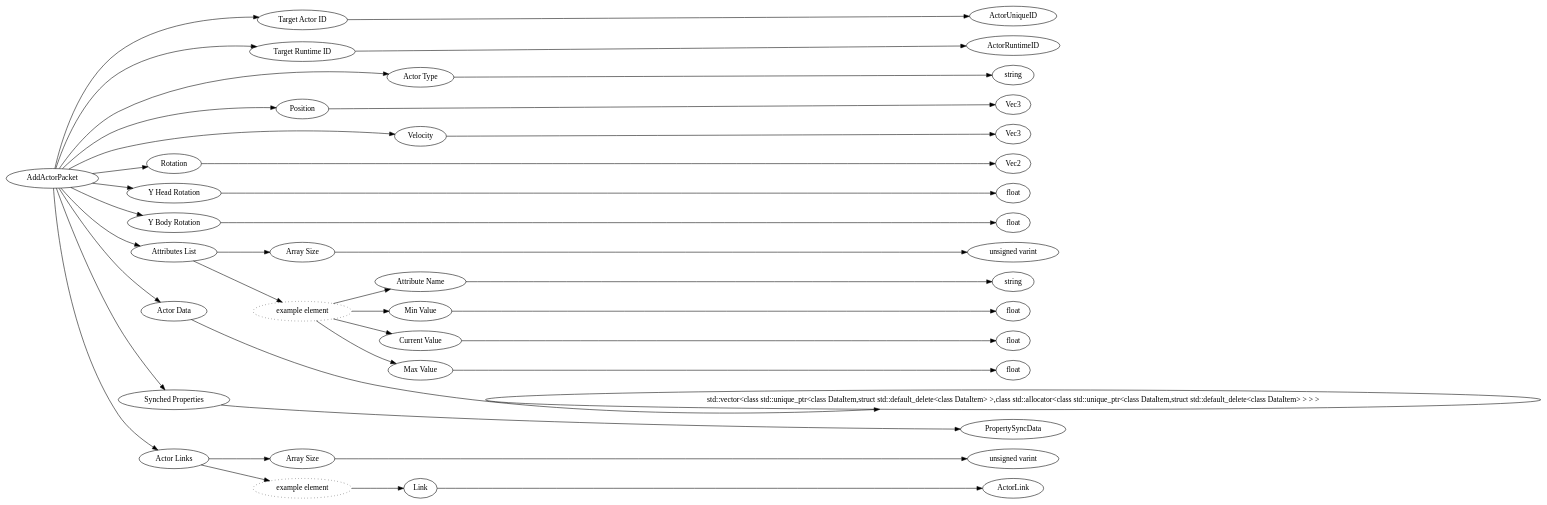
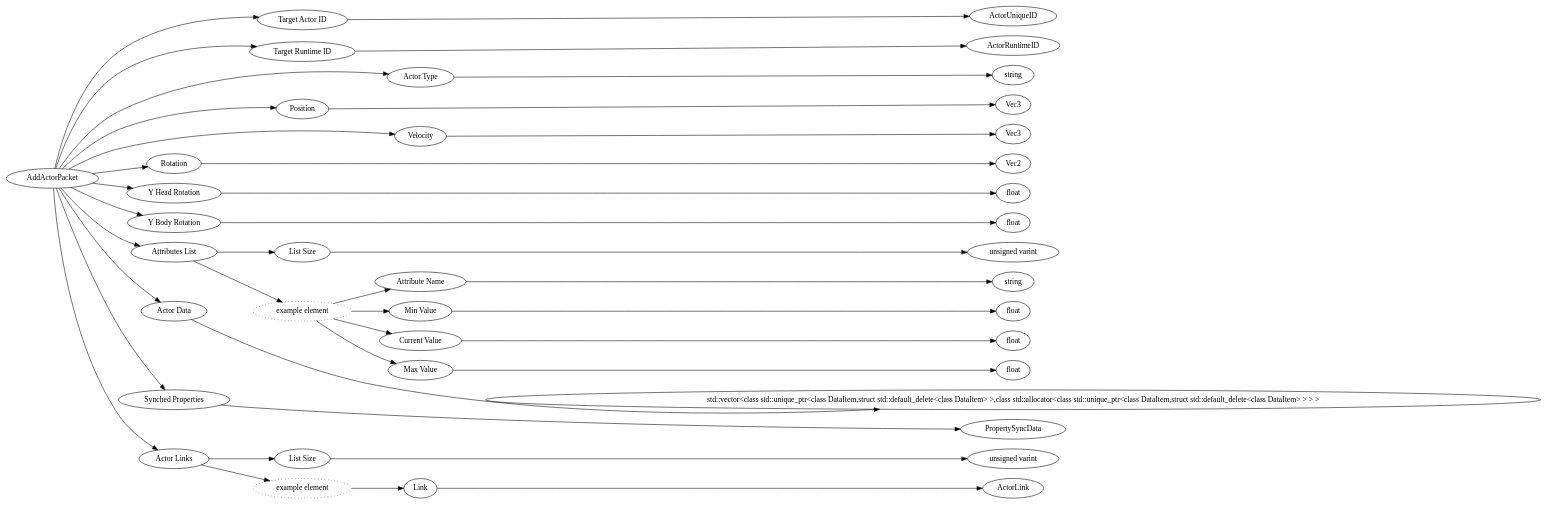
Before and after one commit to Mojang/bedrock-protocol-docs: the diagram in dot/AddActorPacket.dot, drawn with Graphviz. The commit also changed 460 other files, not shown here.

```diff
--- a/dot/AddActorPacket.dot
+++ b/dot/AddActorPacket.dot
@@ -1,84 +1,84 @@
 digraph "AddActorPacket" {
 rankdir = LR
 0
 0 -> 1
 1 -> 2
 0 -> 3
 3 -> 4
 0 -> 5
 5 -> 6
 0 -> 7
 7 -> 8
 0 -> 9
 9 -> 10
 0 -> 11
 11 -> 12
 0 -> 13
 13 -> 14
 0 -> 15
 15 -> 16
 0 -> 17
 17 -> 18
 18 -> 19
 17 -> 20
 20 -> 21
 21 -> 22
 20 -> 23
 23 -> 24
 20 -> 25
 25 -> 26
 20 -> 27
 27 -> 28
 0 -> 29
 29 -> 30
 0 -> 31
 31 -> 32
 0 -> 33
 33 -> 34
 34 -> 35
 33 -> 36
 36 -> 37
 37 -> 38
 
 0 [label="AddActorPacket",comment="name: \"AddActorPacket\", typeName: \"\", id: 0, branchId: 13, recurseId: -1, attributes: 0, notes: \"\""];
 1 [label="Target Actor ID",comment="name: \"Target Actor ID\", typeName: \"ActorUniqueID\", id: 1, branchId: 0, recurseId: -1, attributes: 256, notes: \"\""];
 2 [label="ActorUniqueID",comment="name: \"ActorUniqueID\", typeName: \"\", id: 2, branchId: 0, recurseId: -1, attributes: 512, notes: \"\""];
 3 [label="Target Runtime ID",comment="name: \"Target Runtime ID\", typeName: \"ActorRuntimeID\", id: 3, branchId: 0, recurseId: -1, attributes: 256, notes: \"\""];
 4 [label="ActorRuntimeID",comment="name: \"ActorRuntimeID\", typeName: \"\", id: 4, branchId: 0, recurseId: -1, attributes: 512, notes: \"\""];
 5 [label="Actor Type",comment="name: \"Actor Type\", typeName: \"\", id: 5, branchId: 0, recurseId: -1, attributes: 0, notes: \"\""];
 6 [label="string",comment="name: \"string\", typeName: \"\", id: 6, branchId: 0, recurseId: -1, attributes: 512, notes: \"\""];
 7 [label="Position",comment="name: \"Position\", typeName: \"Vec3\", id: 7, branchId: 0, recurseId: -1, attributes: 256, notes: \"\""];
 8 [label="Vec3",comment="name: \"Vec3\", typeName: \"\", id: 8, branchId: 0, recurseId: -1, attributes: 512, notes: \"\""];
 9 [label="Velocity",comment="name: \"Velocity\", typeName: \"Vec3\", id: 9, branchId: 0, recurseId: -1, attributes: 256, notes: \"\""];
 10 [label="Vec3",comment="name: \"Vec3\", typeName: \"\", id: 10, branchId: 0, recurseId: -1, attributes: 512, notes: \"\""];
 11 [label="Rotation",comment="name: \"Rotation\", typeName: \"Vec2\", id: 11, branchId: 0, recurseId: -1, attributes: 256, notes: \"\""];
 12 [label="Vec2",comment="name: \"Vec2\", typeName: \"\", id: 12, branchId: 0, recurseId: -1, attributes: 512, notes: \"\""];
 13 [label="Y Head Rotation",comment="name: \"Y Head Rotation\", typeName: \"\", id: 13, branchId: 0, recurseId: -1, attributes: 0, notes: \"\""];
 14 [label="float",comment="name: \"float\", typeName: \"\", id: 14, branchId: 0, recurseId: -1, attributes: 512, notes: \"\""];
 15 [label="Y Body Rotation",comment="name: \"Y Body Rotation\", typeName: \"\", id: 15, branchId: 0, recurseId: -1, attributes: 0, notes: \"\""];
 16 [label="float",comment="name: \"float\", typeName: \"\", id: 16, branchId: 0, recurseId: -1, attributes: 512, notes: \"\""];
 17 [label="Attributes List",comment="name: \"Attributes List\", typeName: \"\", id: 17, branchId: 0, recurseId: -1, attributes: 8, notes: \"\""];
-18 [label="Array Size",comment="name: \"Array Size\", typeName: \"\", id: 18, branchId: 0, recurseId: -1, attributes: 0, notes: \"\""];
+18 [label="List Size",comment="name: \"List Size\", typeName: \"\", id: 18, branchId: 0, recurseId: -1, attributes: 0, notes: \"\""];
 19 [label="unsigned varint",comment="name: \"unsigned varint\", typeName: \"\", id: 19, branchId: 0, recurseId: -1, attributes: 512, notes: \"\""];
 20 [label="example element",style=dotted,comment="name: \"example element\", typeName: \"\", id: 20, branchId: 0, recurseId: -1, attributes: 16, notes: \"\""];
 21 [label="Attribute Name",comment="name: \"Attribute Name\", typeName: \"\", id: 21, branchId: 0, recurseId: -1, attributes: 0, notes: \"\""];
 22 [label="string",comment="name: \"string\", typeName: \"\", id: 22, branchId: 0, recurseId: -1, attributes: 512, notes: \"\""];
 23 [label="Min Value",comment="name: \"Min Value\", typeName: \"\", id: 23, branchId: 0, recurseId: -1, attributes: 0, notes: \"\""];
 24 [label="float",comment="name: \"float\", typeName: \"\", id: 24, branchId: 0, recurseId: -1, attributes: 512, notes: \"\""];
 25 [label="Current Value",comment="name: \"Current Value\", typeName: \"\", id: 25, branchId: 0, recurseId: -1, attributes: 0, notes: \"\""];
 26 [label="float",comment="name: \"float\", typeName: \"\", id: 26, branchId: 0, recurseId: -1, attributes: 512, notes: \"\""];
 27 [label="Max Value",comment="name: \"Max Value\", typeName: \"\", id: 27, branchId: 0, recurseId: -1, attributes: 0, notes: \"\""];
 28 [label="float",comment="name: \"float\", typeName: \"\", id: 28, branchId: 0, recurseId: -1, attributes: 512, notes: \"\""];
 29 [label="Actor Data",comment="name: \"Actor Data\", typeName: \"std::vector<class std::unique_ptr<class DataItem,struct std::default_delete<class DataItem> >,class std::allocator<class std::unique_ptr<class DataItem,struct std::default_delete<class DataItem> > > >\", id: 29, branchId: 0, recurseId: -1, attributes: 256, notes: \"\""];
 30 [label="std::vector<class std::unique_ptr<class DataItem,struct std::default_delete<class DataItem> >,class std::allocator<class std::unique_ptr<class DataItem,struct std::default_delete<class DataItem> > > >",comment="name: \"std::vector<class std::unique_ptr<class DataItem,struct std::default_delete<class DataItem> >,class std::allocator<class std::unique_ptr<class DataItem,struct std::default_delete<class DataItem> > > >\", typeName: \"\", id: 30, branchId: 0, recurseId: -1, attributes: 512, notes: \"\""];
 31 [label="Synched Properties",comment="name: \"Synched Properties\", typeName: \"PropertySyncData\", id: 31, branchId: 0, recurseId: -1, attributes: 256, notes: \"\""];
 32 [label="PropertySyncData",comment="name: \"PropertySyncData\", typeName: \"\", id: 32, branchId: 0, recurseId: -1, attributes: 512, notes: \"\""];
 33 [label="Actor Links",comment="name: \"Actor Links\", typeName: \"\", id: 33, branchId: 0, recurseId: -1, attributes: 8, notes: \"\""];
-34 [label="Array Size",comment="name: \"Array Size\", typeName: \"\", id: 34, branchId: 0, recurseId: -1, attributes: 0, notes: \"\""];
+34 [label="List Size",comment="name: \"List Size\", typeName: \"\", id: 34, branchId: 0, recurseId: -1, attributes: 0, notes: \"\""];
 35 [label="unsigned varint",comment="name: \"unsigned varint\", typeName: \"\", id: 35, branchId: 0, recurseId: -1, attributes: 512, notes: \"\""];
 36 [label="example element",style=dotted,comment="name: \"example element\", typeName: \"\", id: 36, branchId: 0, recurseId: -1, attributes: 16, notes: \"\""];
 37 [label="Link",comment="name: \"Link\", typeName: \"ActorLink\", id: 37, branchId: 0, recurseId: -1, attributes: 256, notes: \"\""];
 38 [label="ActorLink",comment="name: \"ActorLink\", typeName: \"\", id: 38, branchId: 0, recurseId: -1, attributes: 512, notes: \"\""];
 { rank = max;2;4;6;8;10;12;14;16;19;22;24;26;28;30;32;35;38}
 
 }
```
